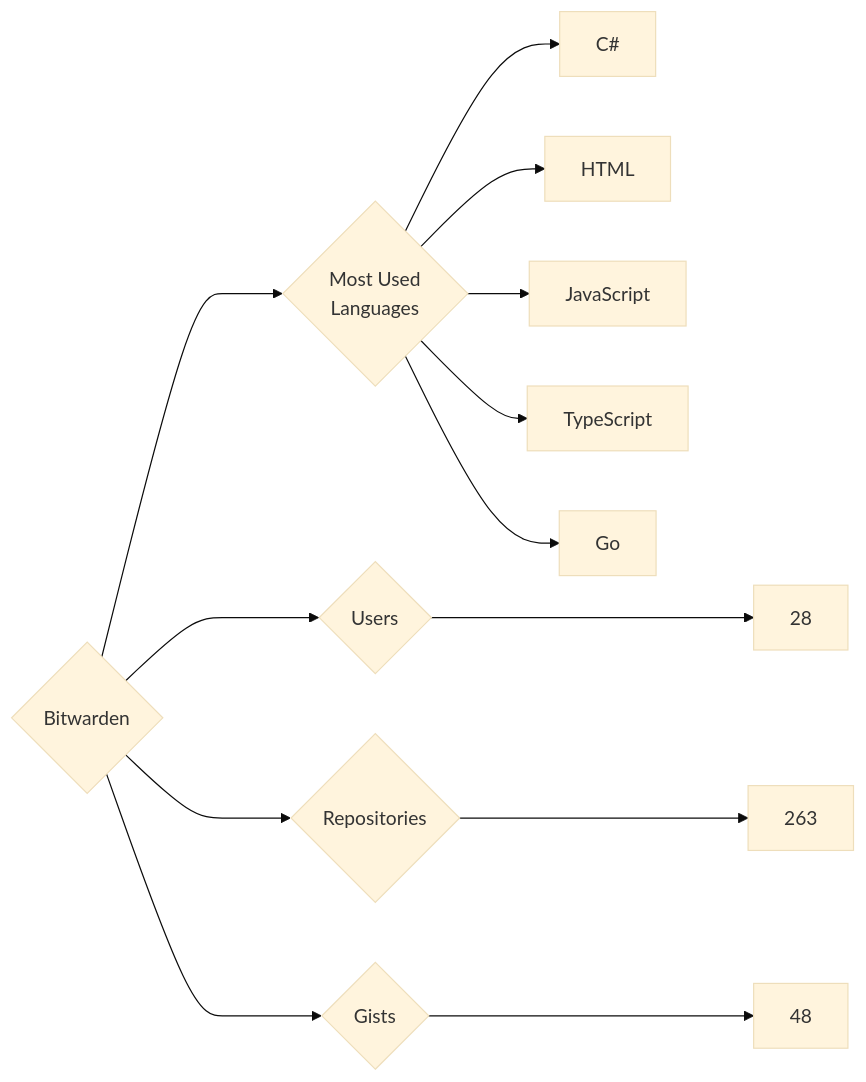
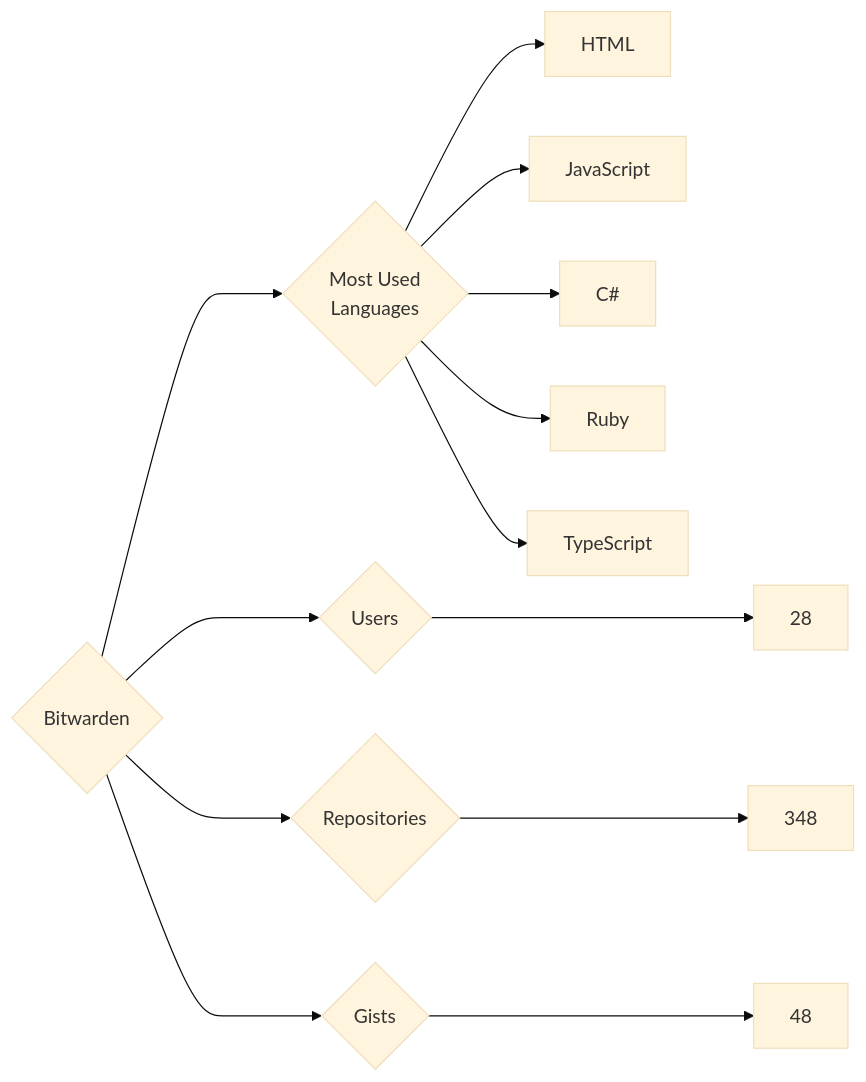
One commit to trickest/insiders changed the diagram in targets/Bitwarden/README.md. Above: the diagram before and after it, drawn with Mermaid (base theme). The commit also changed 688 other files, not shown here.

````diff
--- a/targets/Bitwarden/README.md
+++ b/targets/Bitwarden/README.md
@@ -3,13 +3,13 @@
 ```mermaid
 graph LR
 COMPANY_NAME{Bitwarden}
 COMPANY_NAME ---> U{Users} ---> UN[28]
-COMPANY_NAME ---> R{Repositories} ---> RN[263]
+COMPANY_NAME ---> R{Repositories} ---> RN[348]
 COMPANY_NAME ---> G{Gists} ---> GN[48]
 COMPANY_NAME ---> ML{Most Used<br>Languages}
-ML --> C#[C#]
 ML --> HTML[HTML]
 ML --> JavaScript[JavaScript]
+ML --> C#[C#]
+ML --> Ruby[Ruby]
 ML --> TypeScript[TypeScript]
-ML --> Go[Go]
 ```
````
